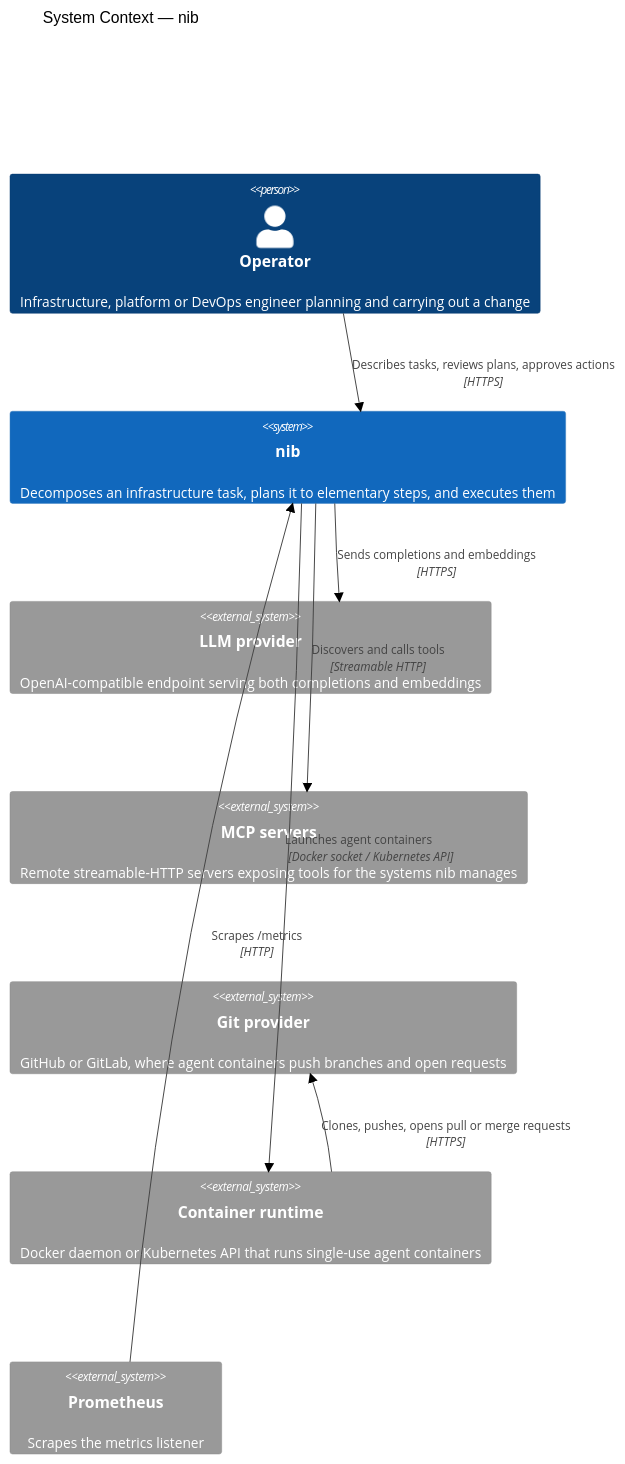
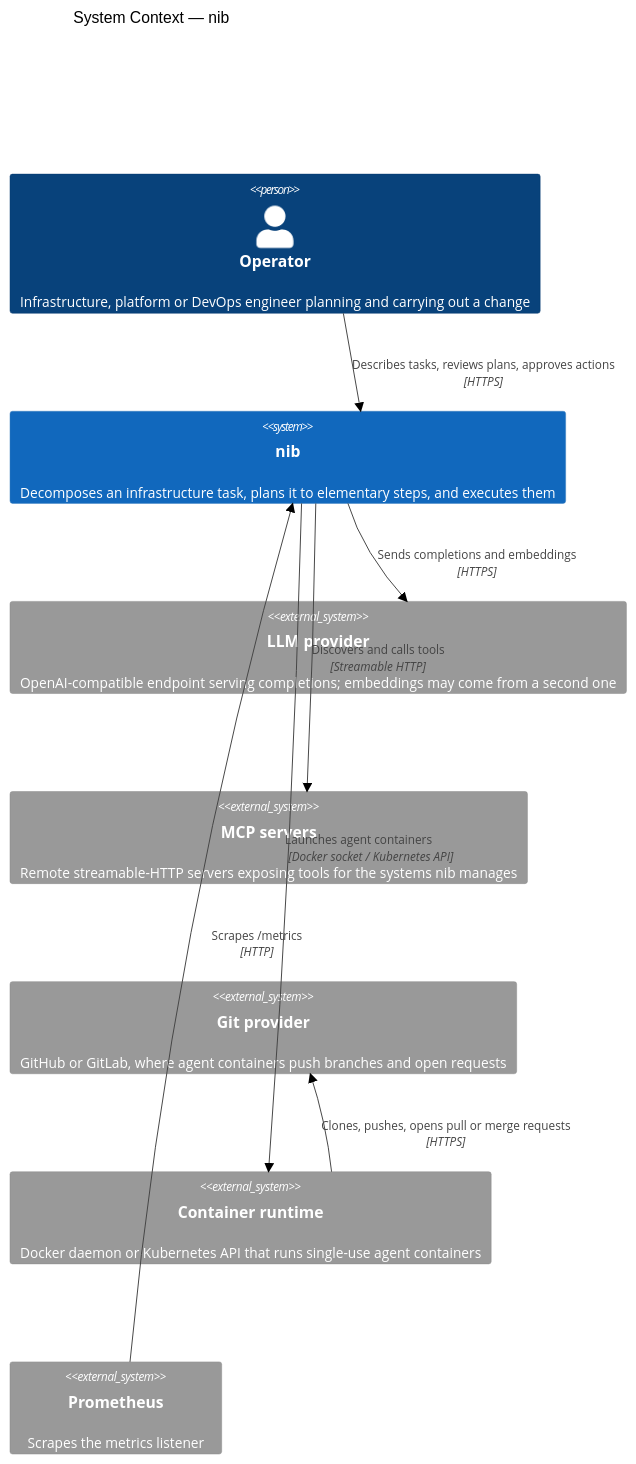
The first of 2 diagrams in docs/explanation/architecture.md (javdet/nib), drawn with Mermaid (forest theme) before and after one commit. The commit also changed 62 other files, not shown here.

First line of the commit message:
feat: enhance LLM embeddings configuration and handling

````diff
--- a/docs/explanation/architecture.md
+++ b/docs/explanation/architecture.md
@@ -15,17 +15,17 @@
 ```mermaid
 C4Context
   title System Context — nib
   Person(operator, "Operator", "Infrastructure, platform or DevOps engineer planning and carrying out a change")
   System(nib, "nib", "Decomposes an infrastructure task, plans it to elementary steps, and executes them")
-  System_Ext(llm, "LLM provider", "OpenAI-compatible endpoint serving both completions and embeddings")
+  System_Ext(llm, "LLM provider", "OpenAI-compatible endpoint serving completions; embeddings may come from a second one")
   System_Ext(mcp, "MCP servers", "Remote streamable-HTTP servers exposing tools for the systems nib manages")
   System_Ext(git, "Git provider", "GitHub or GitLab, where agent containers push branches and open requests")
   System_Ext(runtime, "Container runtime", "Docker daemon or Kubernetes API that runs single-use agent containers")
   System_Ext(prom, "Prometheus", "Scrapes the metrics listener")
   Rel(operator, nib, "Describes tasks, reviews plans, approves actions", "HTTPS")
   Rel(nib, llm, "Sends completions and embeddings", "HTTPS")
   Rel(nib, mcp, "Discovers and calls tools", "Streamable HTTP")
   Rel(nib, runtime, "Launches agent containers", "Docker socket / Kubernetes API")
   Rel(runtime, git, "Clones, pushes, opens pull or merge requests", "HTTPS")
   Rel(prom, nib, "Scrapes /metrics", "HTTP")
 ```
````
